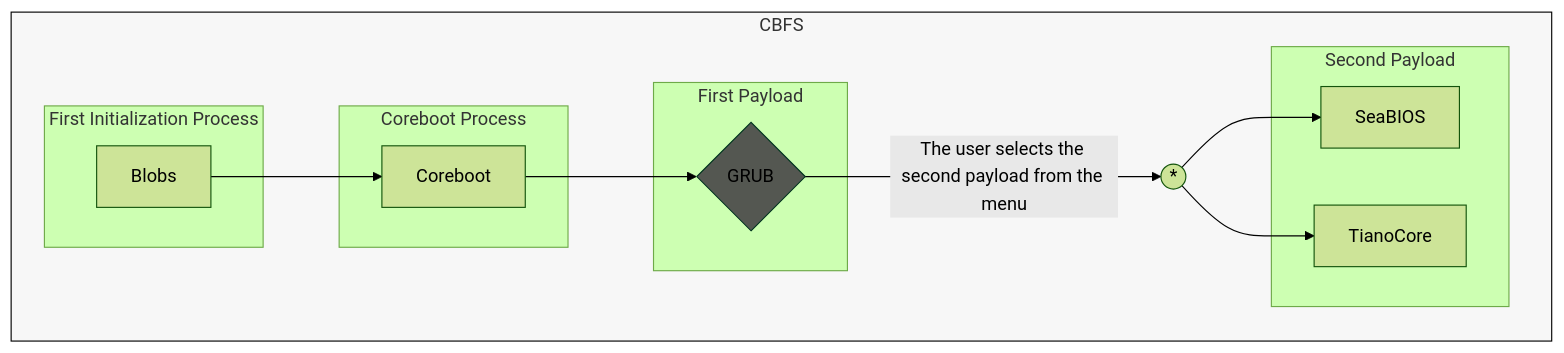
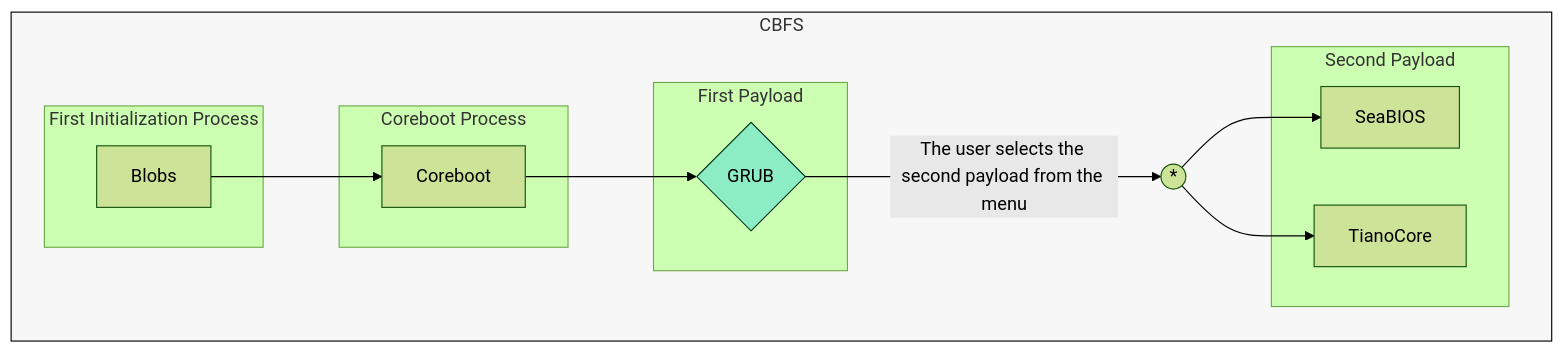
One commit to Ch3ckm4t3C1ph3r/Lenovo-Ideapad-320-14ISK-_Coreboot-Adaptation_ changed the diagram in README.md. Above: the diagram before and after it, drawn with Mermaid (forest theme).

````diff
--- a/README.md
+++ b/README.md
@@ -104,36 +104,36 @@
 ```mermaid
 flowchart LR;
     %% Definition of style class and their characteristics
     classDef cbfs fill:#f7f7f7,stroke:#000000,stroke-width:1px;
-    style p1 fill:#545751,stroke:#00331E,stroke-width:1px
+    style p1 fill:#8CEDC5,stroke:#00331E,stroke-width:1px
     
     subgraph CBFS
         direction LR
 
         %% Not publicly documented boot process
         subgraph First Initialization Process
         Blobs
         end
 
         Blobs --> Coreboot
 
         subgraph Coreboot Process
         Coreboot
         end
     
         Coreboot-->p1{GRUB}
     
         subgraph First Payload
         p1{GRUB}
         end
     
         p1{GRUB}--The user selects the second payload from the menu-->UNION((*))-->p2_1[SeaBIOS] & p2_2[TianoCore]
     
         subgraph Second Payload
         p2_1[SeaBIOS] & p2_2[TianoCore]
         end
     end
 
     %% Define the members of the sytle class
     class CBFS cbfs
 ```
````
